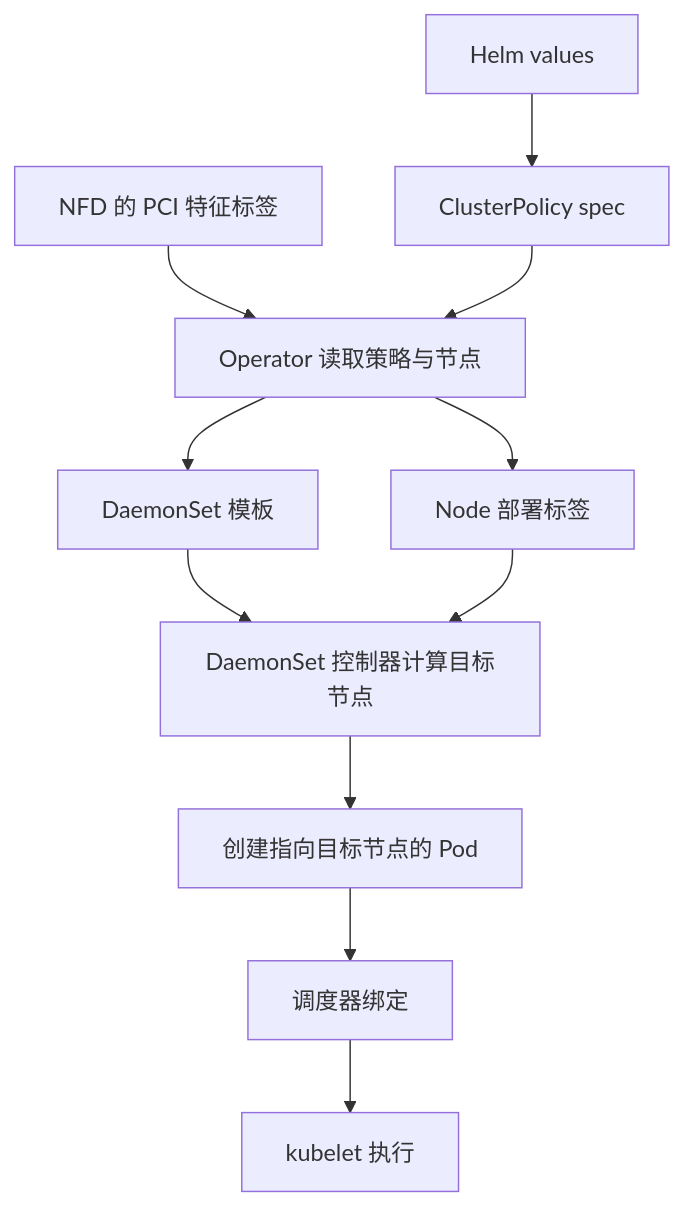
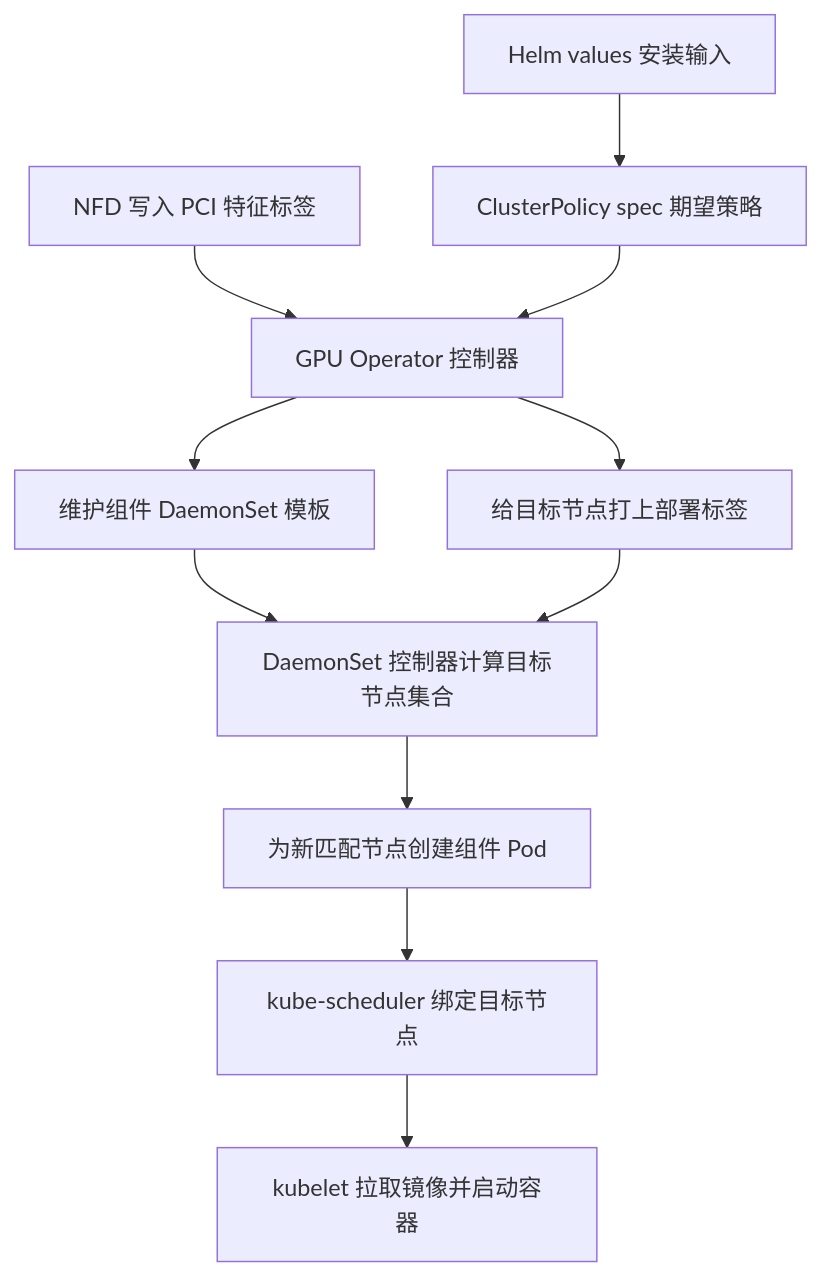
One commit to realtyz/ops-manual changed the diagram in AI-Infra/12_GPUOperator如何管理节点软件/02_Helm、ClusterPolicy 与节点组件部署.md. Above: the diagram before and after it, drawn with Mermaid. The commit also changed other lines of this file and 194 other files, not shown here.

````diff
--- a/AI-Infra/12_GPUOperator如何管理节点软件/02_Helm、ClusterPolicy 与节点组件部署.md
+++ b/AI-Infra/12_GPUOperator如何管理节点软件/02_Helm、ClusterPolicy 与节点组件部署.md
@@ -35,13 +67,14 @@
 ```mermaid
-flowchart
-    H["Helm values"] --> C["ClusterPolicy spec"]
-    N["NFD 的 PCI 特征标签"] --> O["Operator 读取策略与节点"]
+flowchart TD
+    accDescr: Helm values、ClusterPolicy、NFD 标签、GPU Operator 控制器与 DaemonSet 控制器协同将组件 Pod 部署到目标节点的三层控制环路。
+    H["Helm values 安装输入"] --> C["ClusterPolicy spec 期望策略"]
+    N["NFD 写入 PCI 特征标签"] --> O["GPU Operator 控制器"]
     C --> O
-    O --> D["DaemonSet 模板"]
-    O --> L["Node 部署标签"]
-    D --> M["DaemonSet 控制器计算目标节点"]
+    O --> D["维护组件 DaemonSet 模板"]
+    O --> L["给目标节点打上部署标签"]
+    D --> M["DaemonSet 控制器计算目标节点集合"]
     L --> M
-    M --> P["创建指向目标节点的 Pod"]
-    P --> S["调度器绑定"]
-    S --> K["kubelet 执行"]
+    M --> P["为新匹配节点创建组件 Pod"]
+    P --> S["kube-scheduler 绑定目标节点"]
+    S --> K["kubelet 拉取镜像并启动容器"]
 ```
````
